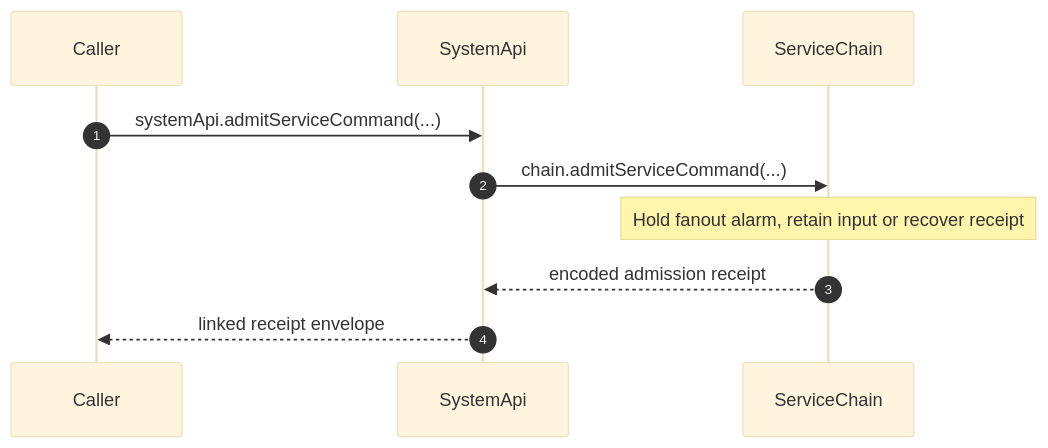
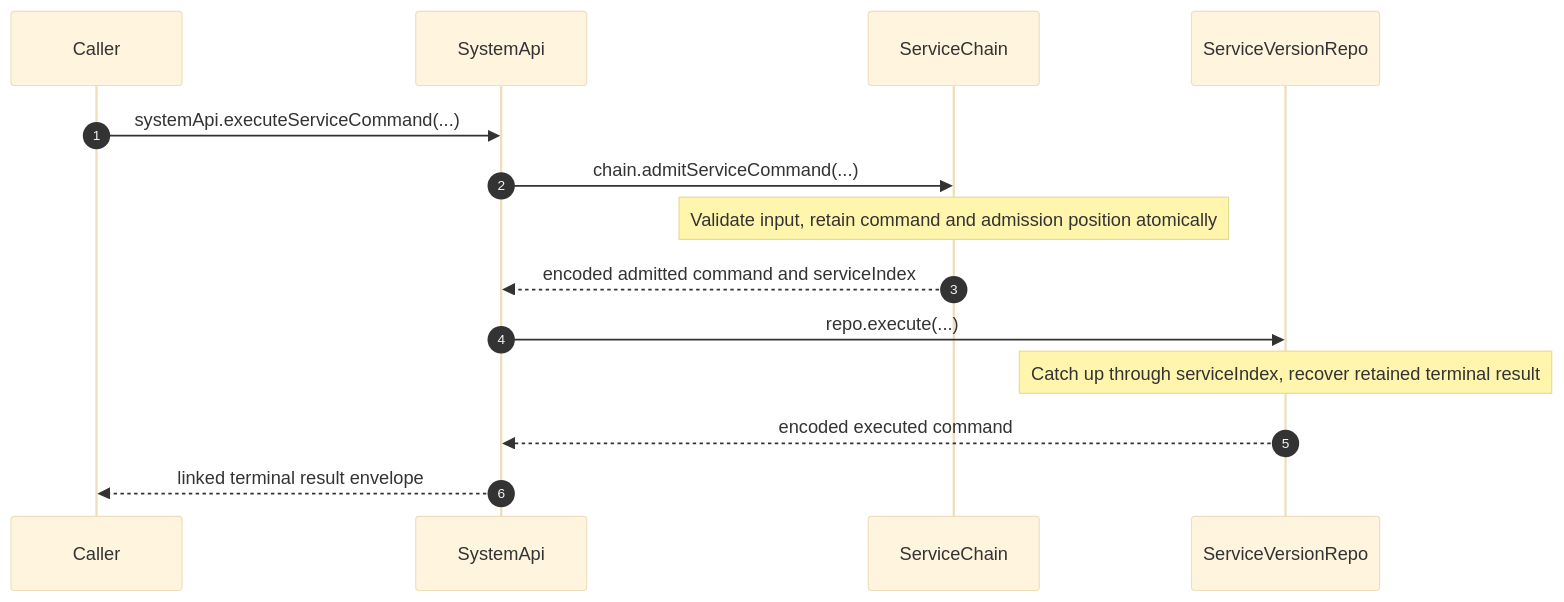
Before and after one commit to morgs32/qrk.sh: the diagram in wiki/architecture/server/admitServiceCommand.md, drawn with Mermaid (base theme). The commit also changed other lines of this file and 1035 other files, not shown here.

````diff
--- a/wiki/architecture/server/admitServiceCommand.md
+++ b/wiki/architecture/server/admitServiceCommand.md
@@ -21,15 +17,16 @@
 ```mermaid
 sequenceDiagram
   participant Caller
   participant SystemApi
   participant ServiceChain
-  autonumber 1
-  Caller->>SystemApi: systemApi.admitServiceCommand(...)
-  autonumber 2
+  participant ServiceVersionRepo
+  autonumber
+  Caller->>SystemApi: systemApi.executeServiceCommand(...)
   SystemApi->>ServiceChain: chain.admitServiceCommand(...)
-  Note over ServiceChain: Hold fanout alarm, retain input or recover receipt
-  autonumber 3
-  ServiceChain-->>SystemApi: encoded admission receipt
-  autonumber 4
-  SystemApi-->>Caller: linked receipt envelope
+  Note over ServiceChain: Validate input, retain command and admission position atomically
+  ServiceChain-->>SystemApi: encoded admitted command and serviceIndex
+  SystemApi->>ServiceVersionRepo: repo.execute(...)
+  Note over ServiceVersionRepo: Catch up through serviceIndex, recover retained terminal result
+  ServiceVersionRepo-->>SystemApi: encoded executed command
+  SystemApi-->>Caller: linked terminal result envelope
 ```
````
